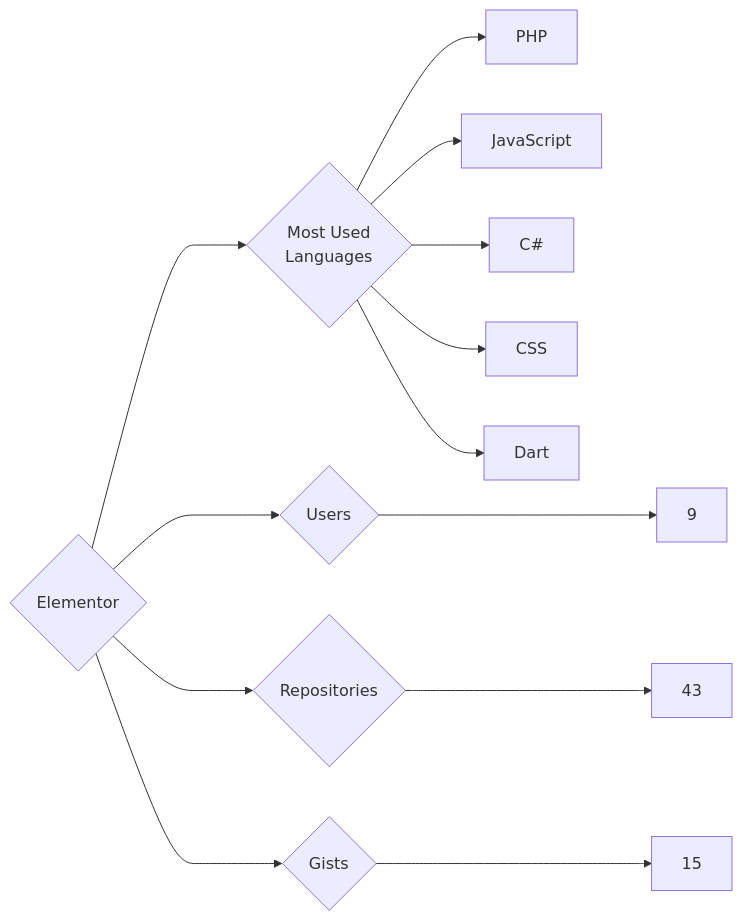
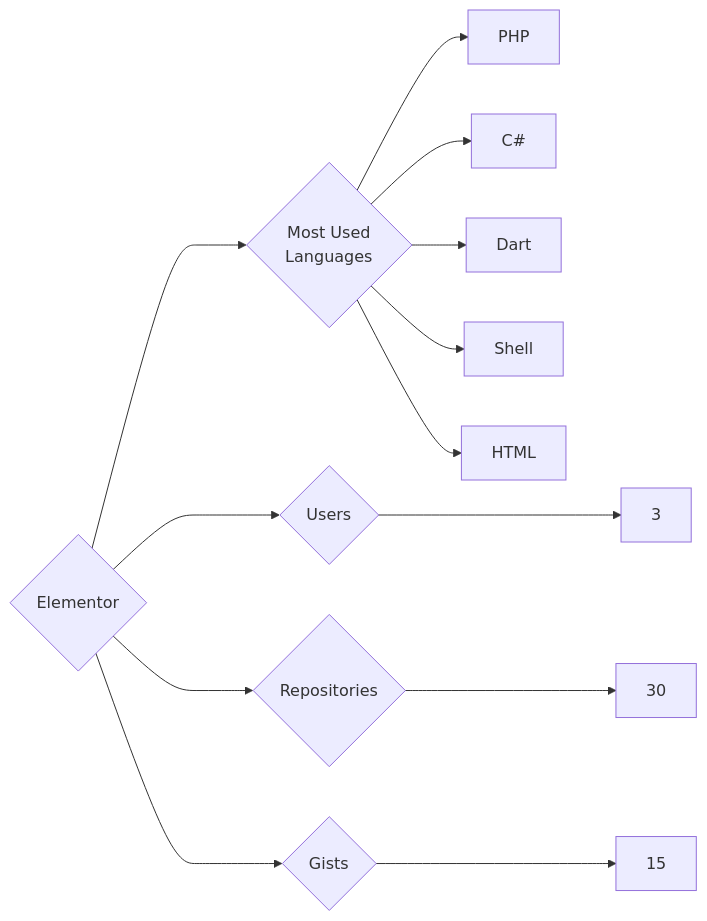
One commit to trickest/insiders changed the diagram in targets/Elementor/README.md. Above: the diagram before and after it, drawn with Mermaid. The commit also changed 721 other files, not shown here.

````diff
--- a/targets/Elementor/README.md
+++ b/targets/Elementor/README.md
@@ -3,13 +3,13 @@
 ```mermaid
 graph LR
 COMPANY_NAME{Elementor}
-COMPANY_NAME ---> U{Users} ---> UN[9]
-COMPANY_NAME ---> R{Repositories} ---> RN[43]
+COMPANY_NAME ---> U{Users} ---> UN[3]
+COMPANY_NAME ---> R{Repositories} ---> RN[30]
 COMPANY_NAME ---> G{Gists} ---> GN[15]
 COMPANY_NAME ---> ML{Most Used<br>Languages}
 ML --> PHP[PHP]
-ML --> JavaScript[JavaScript]
 ML --> C#[C#]
-ML --> CSS[CSS]
 ML --> Dart[Dart]
+ML --> Shell[Shell]
+ML --> HTML[HTML]
 ```
````
